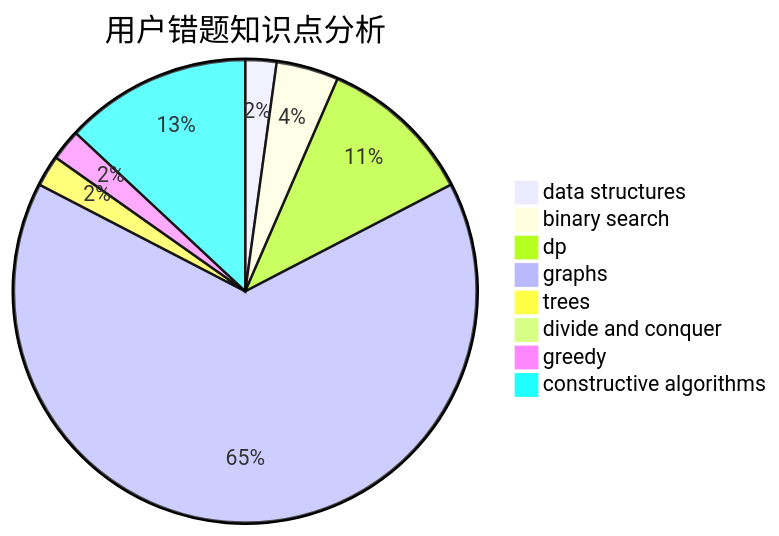
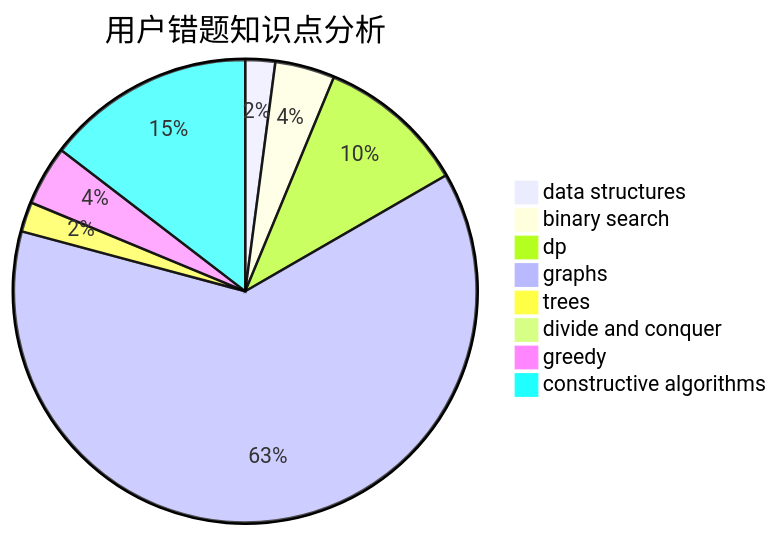
The third of 3 diagrams in docs/user/u1466.md (sherpahu/cfrs.github.io), drawn with Mermaid before and after one commit. The commit also changed other lines of this file and 2770 other files, not shown here.

````diff
--- a/docs/user/u1466.md
+++ b/docs/user/u1466.md
@@ -36,11 +36,11 @@
 ```mermaid
 pie title 用户错题知识点分析
     "data structures" :  1
     "binary search" :  2
     "dp" :  5
     "graphs" :  30
     "trees" :  1
     "divide and conquer" :  0
-    "greedy" :  1
-    "constructive algorithms" :  6
+    "greedy" :  2
+    "constructive algorithms" :  7
 ```
````
